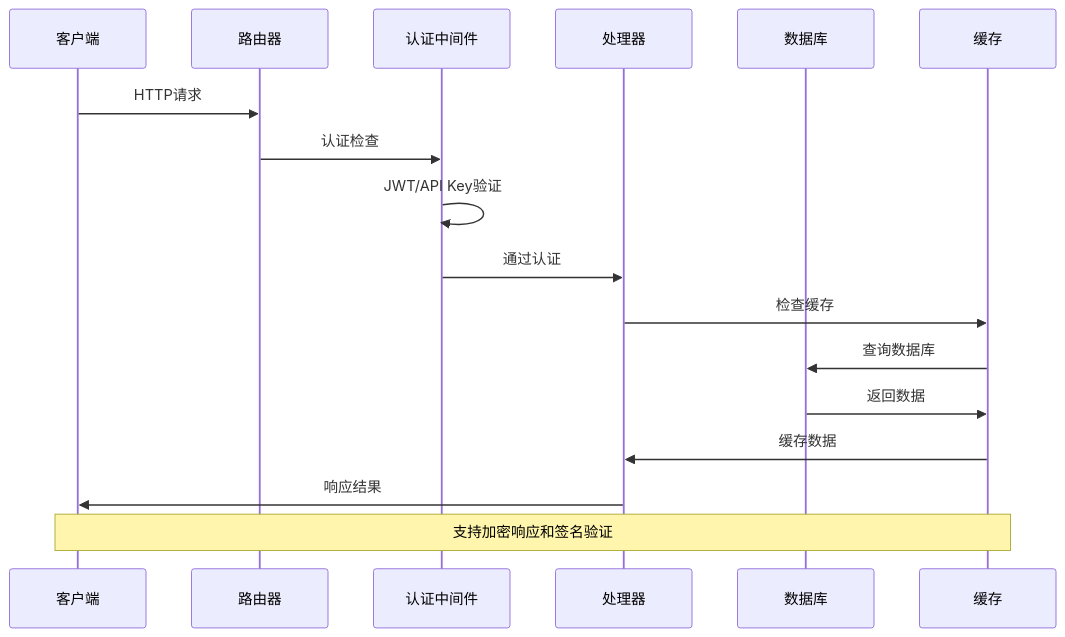
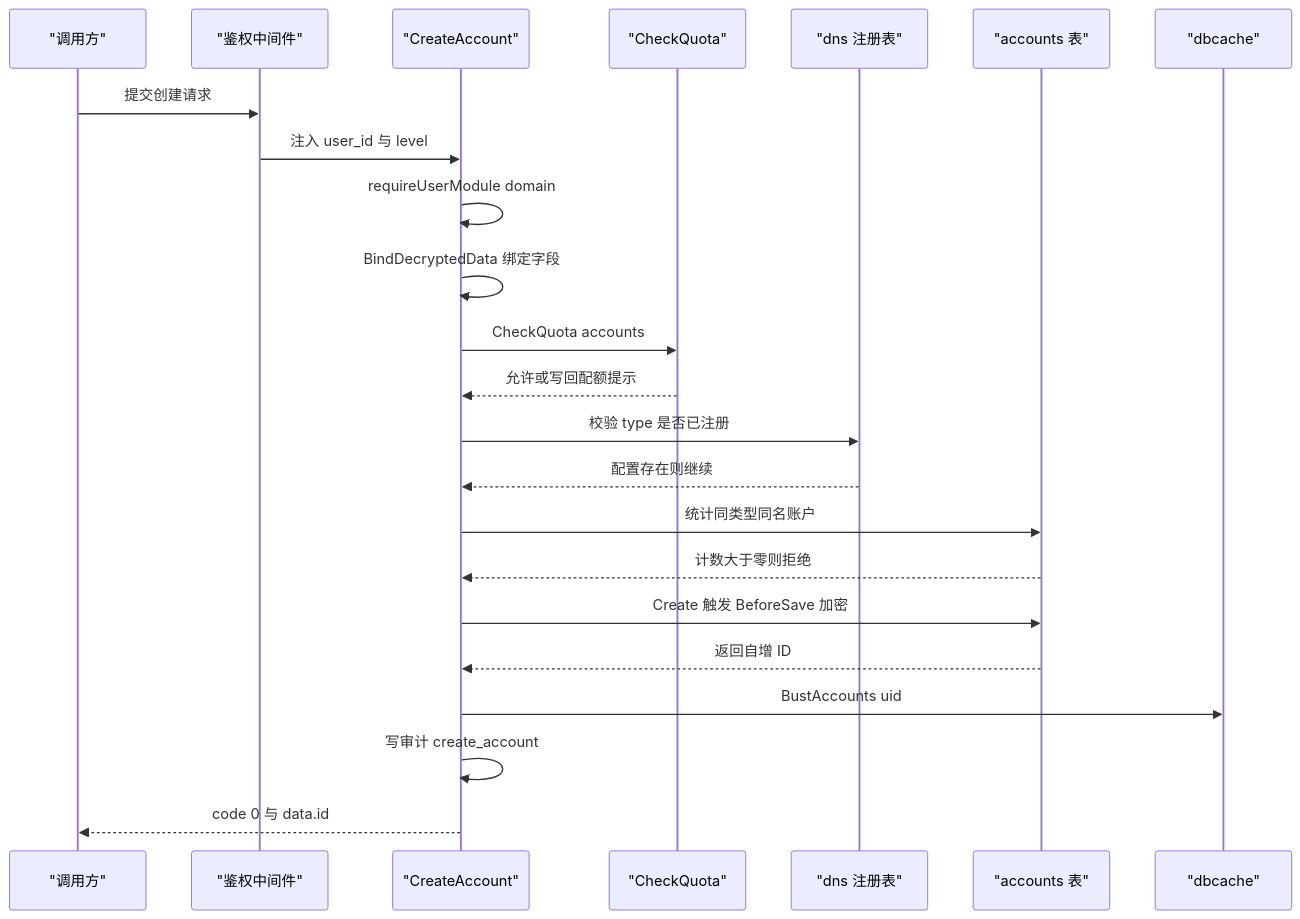
One commit to x01n/dnsplane changed the third of 6 diagrams in docs/API参考文档/账户管理API.md. Above: the diagram before and after it, drawn with Mermaid. The commit also changed other lines of this file and 326 other files, not shown here.

````diff
--- a/docs/API参考文档/账户管理API.md
+++ b/docs/API参考文档/账户管理API.md
@@ -126,19 +233,25 @@
 ```mermaid
 sequenceDiagram
-participant Client as 客户端
-participant Router as 路由器
-participant Auth as 认证中间件
-participant Handler as 处理器
-participant DB as 数据库
-participant Cache as 缓存
-Client->>Router : HTTP请求
-Router->>Auth : 认证检查
-Auth->>Auth : JWT/API Key验证
-Auth->>Handler : 通过认证
-Handler->>Cache : 检查缓存
-Cache->>DB : 查询数据库
-DB->>Cache : 返回数据
-Cache->>Handler : 缓存数据
-Handler->>Client : 响应结果
-Note over Client,Cache : 支持加密响应和签名验证
+participant FE as "调用方"
+participant MW as "鉴权中间件"
+participant HA as "CreateAccount"
+participant QT as "CheckQuota"
+participant RG as "dns 注册表"
+participant DB as "accounts 表"
+participant CA as "dbcache"
+FE->>MW : 提交创建请求
+MW->>HA : 注入 user_id 与 level
+HA->>HA : requireUserModule domain
+HA->>HA : BindDecryptedData 绑定字段
+HA->>QT : CheckQuota accounts
+QT-->>HA : 允许或写回配额提示
+HA->>RG : 校验 type 是否已注册
+RG-->>HA : 配置存在则继续
+HA->>DB : 统计同类型同名账户
+DB-->>HA : 计数大于零则拒绝
+HA->>DB : Create 触发 BeforeSave 加密
+DB-->>HA : 返回自增 ID
+HA->>CA : BustAccounts uid
+HA->>HA : 写审计 create_account
+HA-->>FE : code 0 与 data.id
 ```
````
